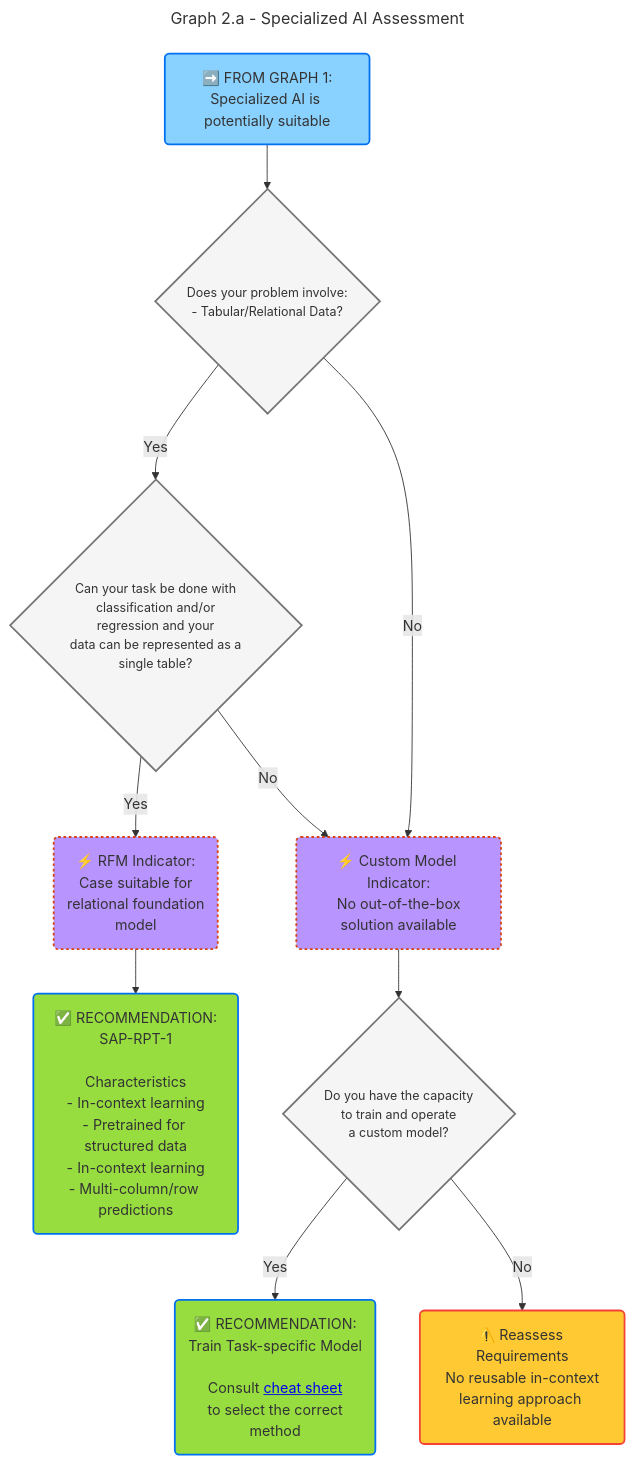
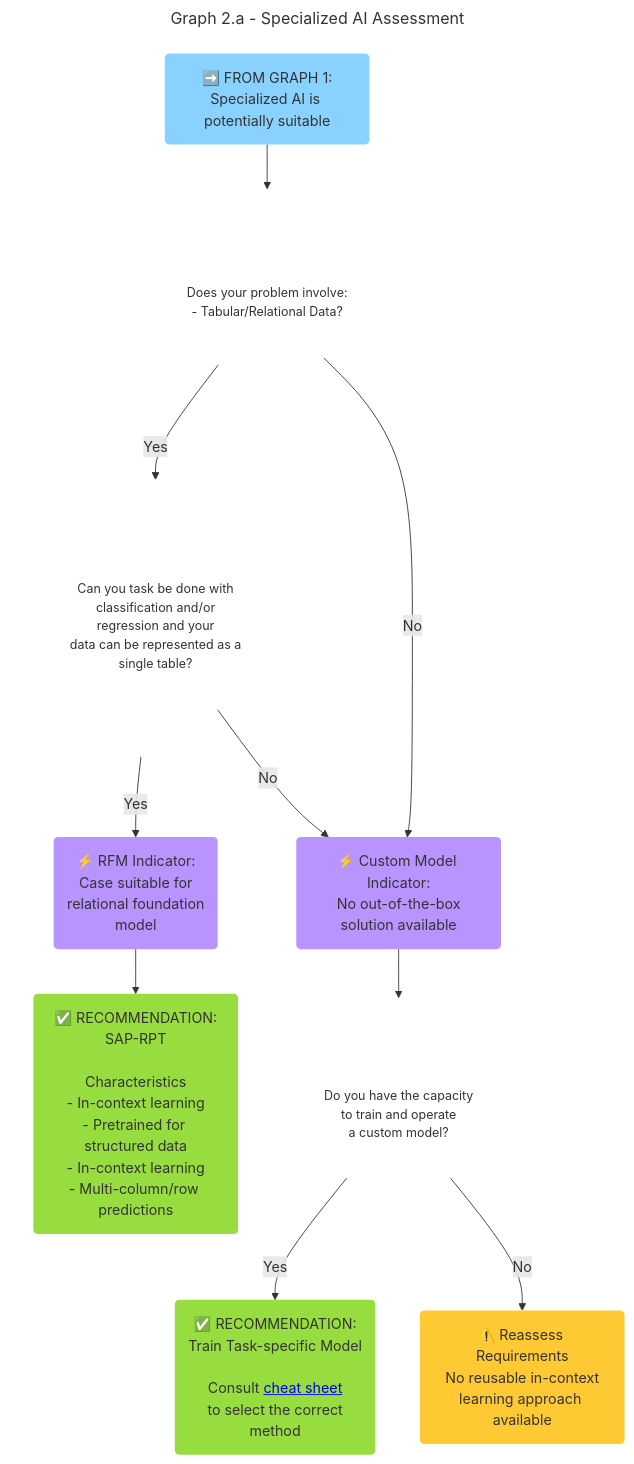
The second of 5 diagrams in docs/golden-path/ai-golden-path/1-technology-overview/readme.md (SAP/architecture-center), drawn with Mermaid before and after one commit. The commit also changed other lines of this file and 9 other files, not shown here.

````diff
--- a/docs/golden-path/ai-golden-path/1-technology-overview/readme.md
+++ b/docs/golden-path/ai-golden-path/1-technology-overview/readme.md
@@ -238,38 +244,38 @@
 ```mermaid
 ---
 title: Graph 2.a - Specialized AI Assessment
 ---
 flowchart TD
     Start("➡️ FROM GRAPH 1:<br>Specialized AI is potentially suitable")
     Start --> Q1{"Does your problem involve:<br>- Tabular/Relational Data?"}
     Q1 -->|Yes|Q2
     Q1 -->|No|CustomModel
-    Q2{"Can your task be done with<br>classification and/or<br>regression and your<br>data can be represented as a<br>single table?"}
+    Q2{"Can you task be done with<br>classification and/or<br>regression and your<br>data can be represented as a<br>single table?"}
     Q2 -->|Yes|RPT
     RPT("⚡ RFM Indicator:<br>Case suitable for<br>relational foundation<br>model")
     RPT --> R1
 
     Q2 -->|No|CustomModel
     CustomModel("⚡ Custom Model Indicator:<br>No out-of-the-box<br>solution available")
     Q3{"Do you have the capacity<br>to train and operate<br>a custom model?"}
     CustomModel --> Q3
     Q3 -->|Yes|R2
     Q3 -->|No|W1
-    R1("✅ RECOMMENDATION:<br>SAP-RPT-1<br><br>Characteristics<br>- In-context learning<br>- Pretrained for structured data<br>- In-context learning<br>- Multi-column/row predictions")
+    R1("✅ RECOMMENDATION:<br>SAP-RPT<br><br>Characteristics<br>- In-context learning<br>- Pretrained for structured data<br>- In-context learning<br>- Multi-column/row predictions")
     W1("⚠️️ Reassess Requirements<br>No reusable in-context<br>learning approach available")
     R2("✅ RECOMMENDATION:<br>Train Task-specific Model<br><br>Consult <a href='https://scikit-learn.org/stable/machine_learning_map.html'>cheat sheet</a>"<br>to select the correct<br>method)
 
     %% Styling
-    classDef decision fill:#f5f5f5,stroke:#757575,stroke-width:2px,font-size:14
-    classDef warning fill:#FFC933,stroke:#f44336,stroke-width:2px
-    classDef indicator fill:#B894FF,stroke:#d84315,stroke-width:2px,stroke-dasharray: 3 3
-    classDef continueNext fill:#89D1FF,stroke:#0288d1,stroke-width:2px
-    classDef startNode fill:#89D1FF,stroke:#0070F2,stroke-width:2px
-    classDef recommendation fill:#97DD40,stroke:#0070F2,stroke-width:2px
+    classDef decision fill:#FFF,stroke:#757575,stroke-width:0px,font-size:14
+    classDef warning fill:#FFC933,stroke:#f44336,stroke-width:0px
+    classDef indicator fill:#B894FF,stroke:#d84315,stroke-width:0px,stroke-dasharray: 3 3
+    classDef continueNext fill:#89D1FF,stroke:#0288d1,stroke-width:0px
+    classDef startNode fill:#89D1FF,stroke:#0070F2,stroke-width:0px
+    classDef recommendation fill:#97DD40,stroke:#0070F2,stroke-width:0px
 
     class Start startNode
     class R1,R2 recommendation
     class Q1,Q2,Q3 decision
     class W1 warning
     class CustomModel,RPT indicator
 ```
````
